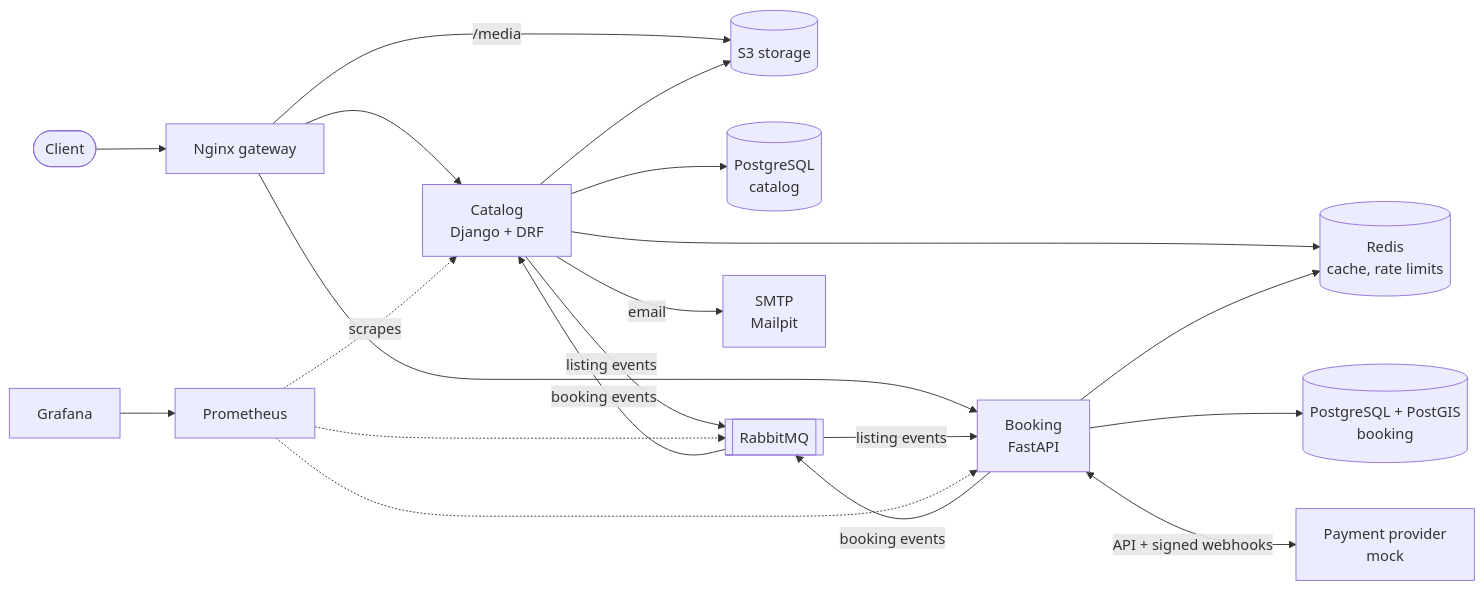
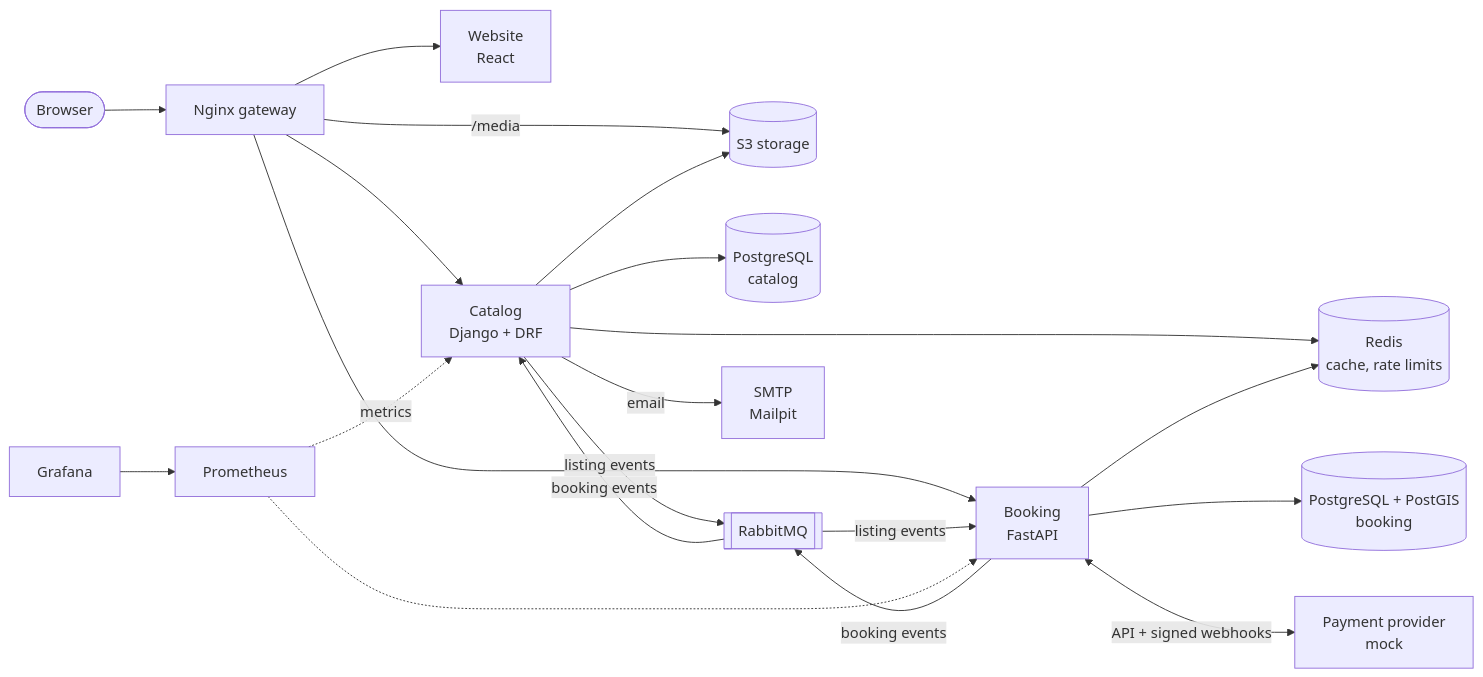
The first of 4 diagrams in README.md (Nersaa/booking-platform), drawn with Mermaid before and after one commit. The commit also changed other lines of this file and 313 other files, not shown here.

````diff
--- a/README.md
+++ b/README.md
@@ -12,21 +45,21 @@
 ```mermaid
 flowchart LR
-    client([Client]) --> nginx[Nginx gateway]
+    client([Browser]) --> nginx[Nginx gateway]
+    nginx --> web[Website<br/>React]
     nginx --> catalog[Catalog<br/>Django + DRF]
     nginx --> booking[Booking<br/>FastAPI]
     nginx -- /media --> s3[(S3 storage)]
     catalog --> catalogdb[(PostgreSQL<br/>catalog)]
     booking --> bookingdb[(PostgreSQL + PostGIS<br/>booking)]
     catalog & booking --> redis[(Redis<br/>cache, rate limits)]
     catalog -- listing events --> mq[[RabbitMQ]]
     mq -- listing events --> booking
     booking -- booking events --> mq
     mq -- booking events --> catalog
     catalog --> s3
     booking <-- API + signed webhooks --> pay[Payment provider<br/>mock]
     catalog -- email --> smtp[SMTP<br/>Mailpit]
-    prom[Prometheus] -. scrapes .-> catalog
+    prom[Prometheus] -. metrics .-> catalog
     prom -.-> booking
-    prom -.-> mq
     grafana[Grafana] --> prom
 ```
````
